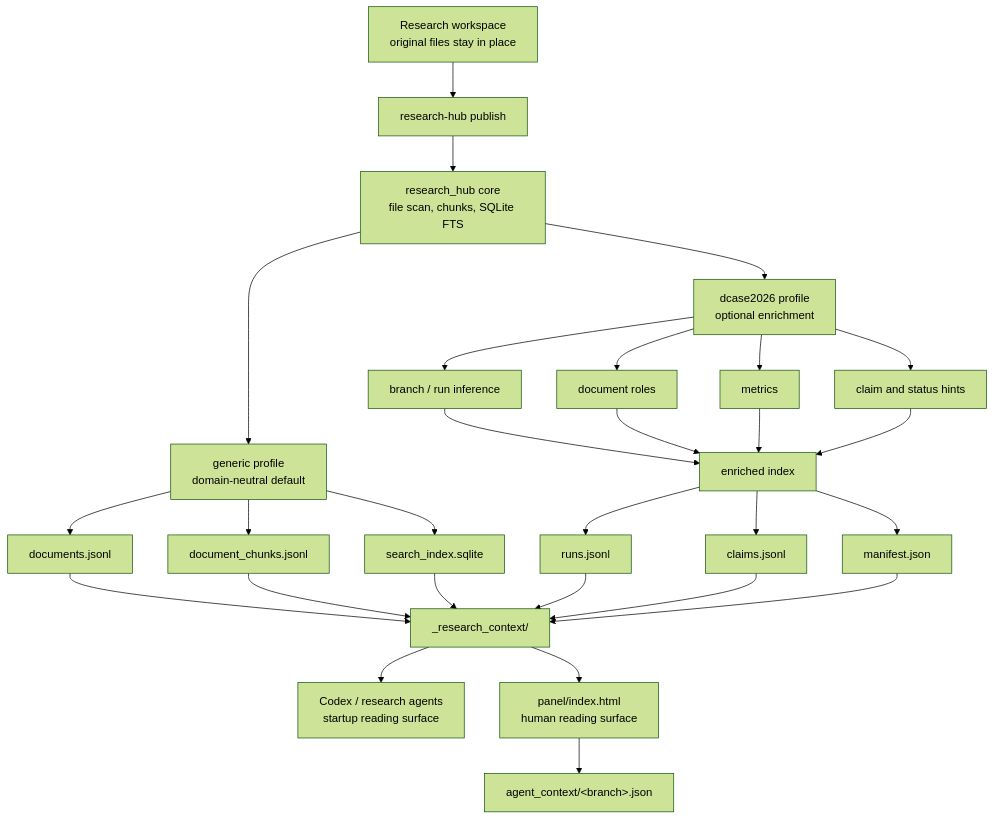
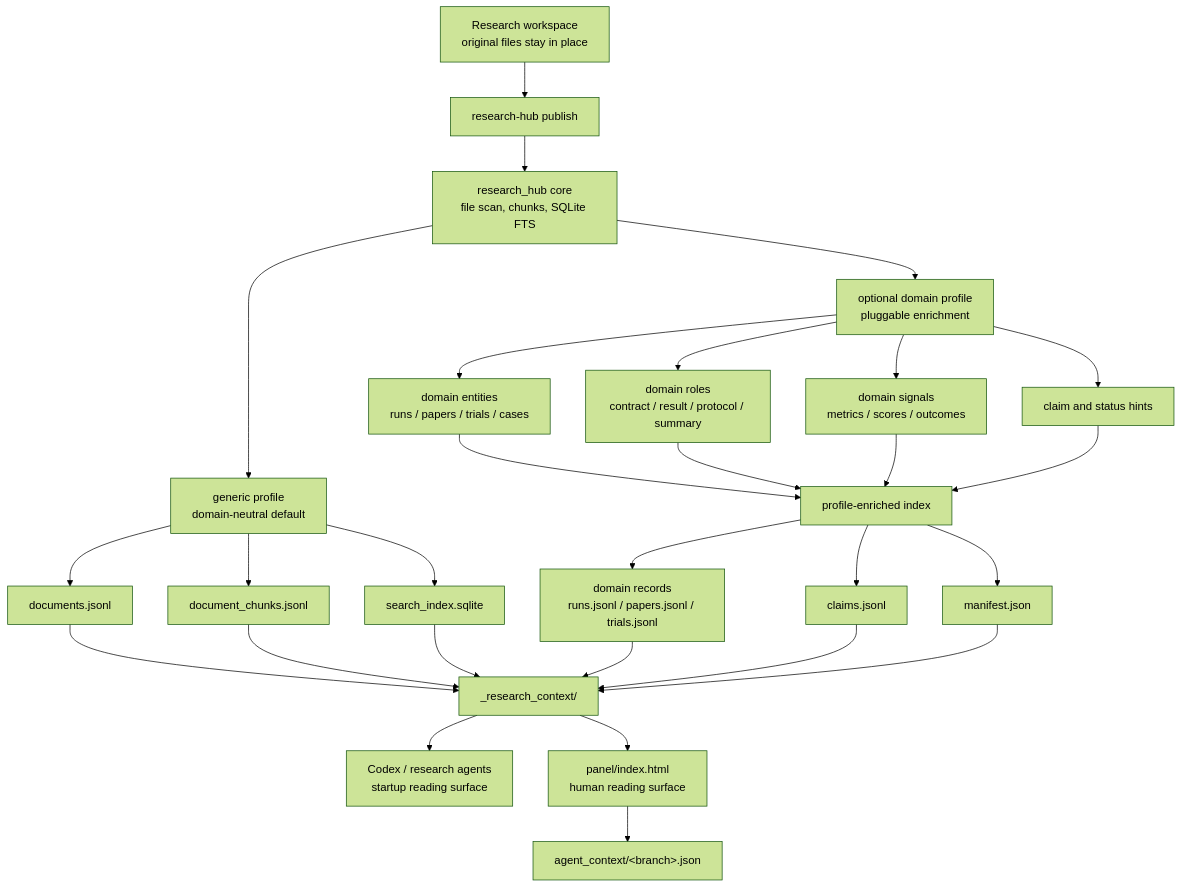
Before and after one commit to UTurtle/research-hub-skills: the first of 2 diagrams in README.md, drawn with Mermaid (forest theme). The commit also changed other lines of this file and 1 other file, not shown here.

Commit message:
Generalize profile architecture docs

````diff
--- a/README.md
+++ b/README.md
@@ -14,37 +14,37 @@
 ```mermaid
 flowchart TD
     WS["Research workspace<br/>original files stay in place"] --> IDX["research-hub publish"]
     IDX --> CORE["research_hub core<br/>file scan, chunks, SQLite FTS"]
 
     CORE --> GEN["generic profile<br/>domain-neutral default"]
-    CORE --> DCASE["dcase2026 profile<br/>optional enrichment"]
+    CORE --> PROF["optional domain profile<br/>pluggable enrichment"]
 
     GEN --> G1["documents.jsonl"]
     GEN --> G2["document_chunks.jsonl"]
     GEN --> G3["search_index.sqlite"]
 
-    DCASE --> D1["branch / run inference"]
-    DCASE --> D2["document roles"]
-    DCASE --> D3["metrics"]
-    DCASE --> D4["claim and status hints"]
+    PROF --> P1["domain entities<br/>runs / papers / trials / cases"]
+    PROF --> P2["domain roles<br/>contract / result / protocol / summary"]
+    PROF --> P3["domain signals<br/>metrics / scores / outcomes"]
+    PROF --> P4["claim and status hints"]
 
-    D1 --> EOUT["enriched index"]
-    D2 --> EOUT
-    D3 --> EOUT
-    D4 --> EOUT
+    P1 --> EOUT["profile-enriched index"]
+    P2 --> EOUT
+    P3 --> EOUT
+    P4 --> EOUT
 
-    EOUT --> R1["runs.jsonl"]
+    EOUT --> R1["domain records<br/>runs.jsonl / papers.jsonl / trials.jsonl"]
     EOUT --> R2["claims.jsonl"]
     EOUT --> R3["manifest.json"]
 
     G1 --> CTX["_research_context/"]
     G2 --> CTX
     G3 --> CTX
     R1 --> CTX
     R2 --> CTX
     R3 --> CTX
 
     CTX --> AGENT["Codex / research agents<br/>startup reading surface"]
     CTX --> PANEL["panel/index.html<br/>human reading surface"]
     PANEL --> PACKS["agent_context/&lt;branch&gt;.json"]
 ```
````
